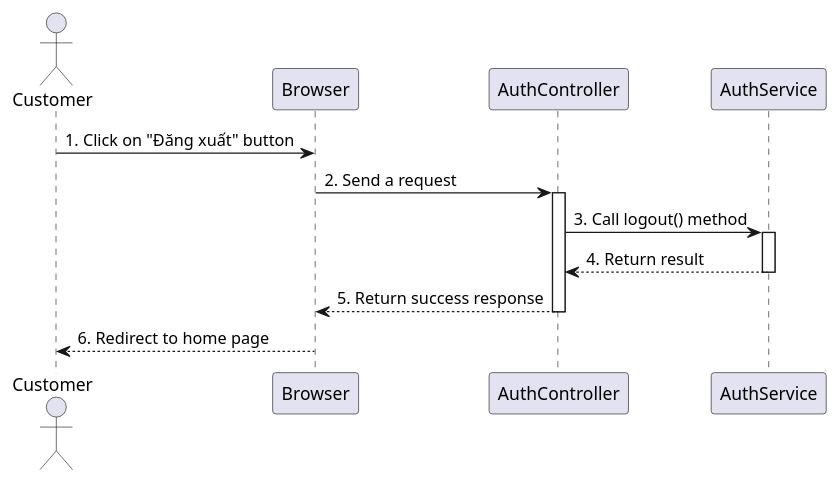
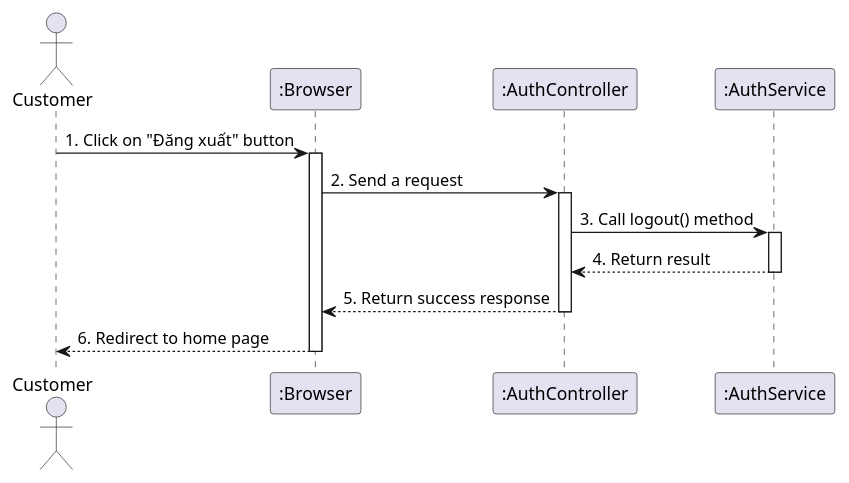
The diagram in docs/customer/logout.plantuml (ngthanhtuung/ema-server), drawn with PlantUML before and after one commit. The commit also changed 34 other files, not shown here.

```diff
--- a/docs/customer/logout.plantuml
+++ b/docs/customer/logout.plantuml
@@ -1,15 +1,15 @@
 @startuml
 
 actor Customer as user
 
-participant Browser as a
-participant AuthController as b
-participant AuthService as c
+participant ":Browser" as a
+participant ":AuthController" as b
+participant ":AuthService" as c
 
-user -> a: 1. Click on "Đăng xuất" button
+user -> a++: 1. Click on "Đăng xuất" button
 a -> b++: 2. Send a request
 b -> c++: 3. Call logout() method
 c --> b--: 4. Return result
 b --> a--: 5. Return success response
-a --> user: 6. Redirect to home page
+a --> user--: 6. Redirect to home page
 @enduml
```
